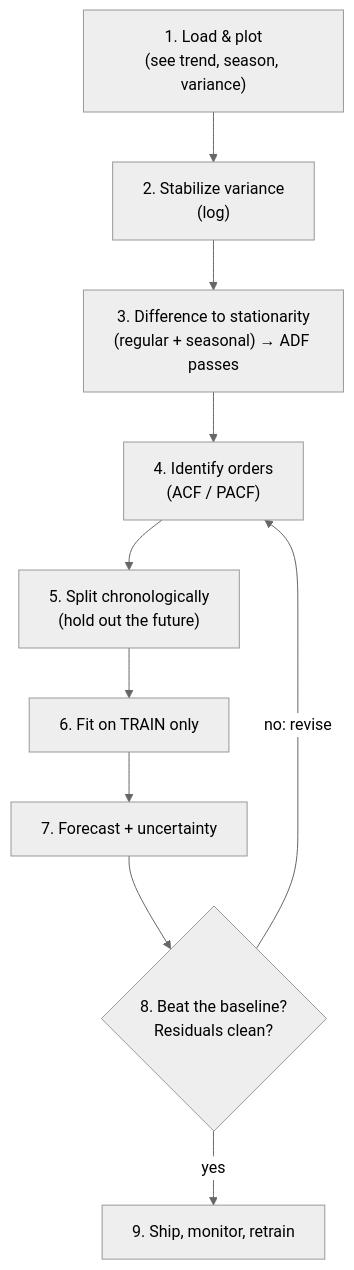
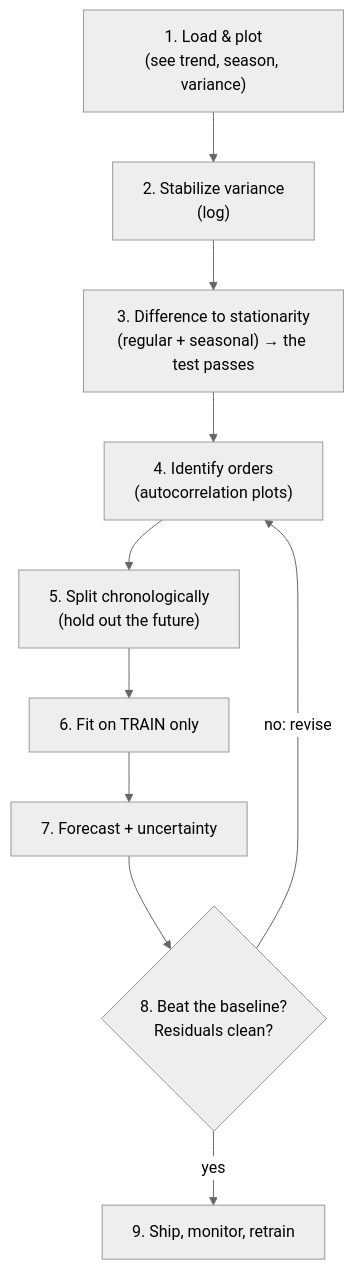
The diagram in content/courses/time-series-analysis-python/capstone-forecasting-pipeline.mdx (dataslope/dataslope), drawn with Mermaid (neutral theme) before and after one commit. The commit also changed other lines of this file and 25 other files, not shown here.

First line of the commit message:
Prepopulate nothing yet, but caption every riso figure, drop the acronyms, and give SQL cards a tools menu

````diff
--- a/content/courses/time-series-analysis-python/capstone-forecasting-pipeline.mdx
+++ b/content/courses/time-series-analysis-python/capstone-forecasting-pipeline.mdx
@@ -13,12 +13,12 @@
 ```mermaid
 flowchart TD
     A["1. Load & plot<br/>(see trend, season, variance)"] --> B["2. Stabilize variance<br/>(log)"]
-    B --> C["3. Difference to stationarity<br/>(regular + seasonal) → ADF passes"]
-    C --> D["4. Identify orders<br/>(ACF / PACF)"]
+    B --> C["3. Difference to stationarity<br/>(regular + seasonal) → the test passes"]
+    C --> D["4. Identify orders<br/>(autocorrelation plots)"]
     D --> E["5. Split chronologically<br/>(hold out the future)"]
     E --> F["6. Fit on TRAIN only"]
     F --> G["7. Forecast + uncertainty"]
     G --> H{"8. Beat the baseline?<br/>Residuals clean?"}
     H -->|"no: revise"| D
     H -->|"yes"| I["9. Ship, monitor, retrain"]
 ```
````
